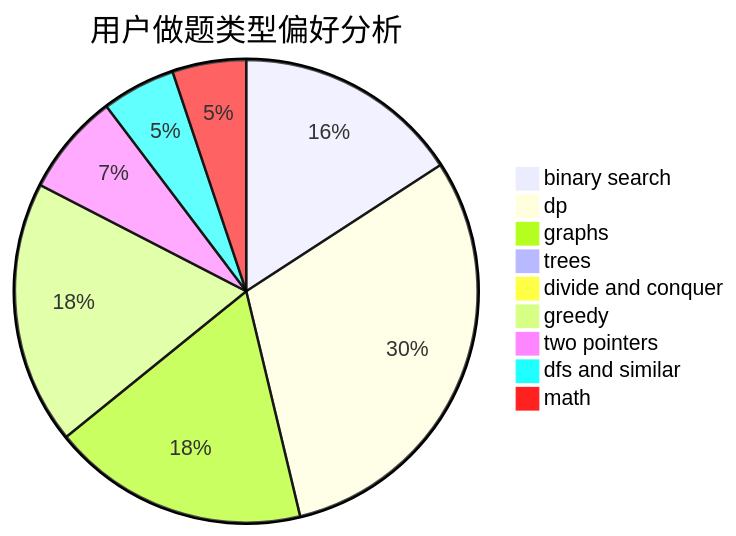
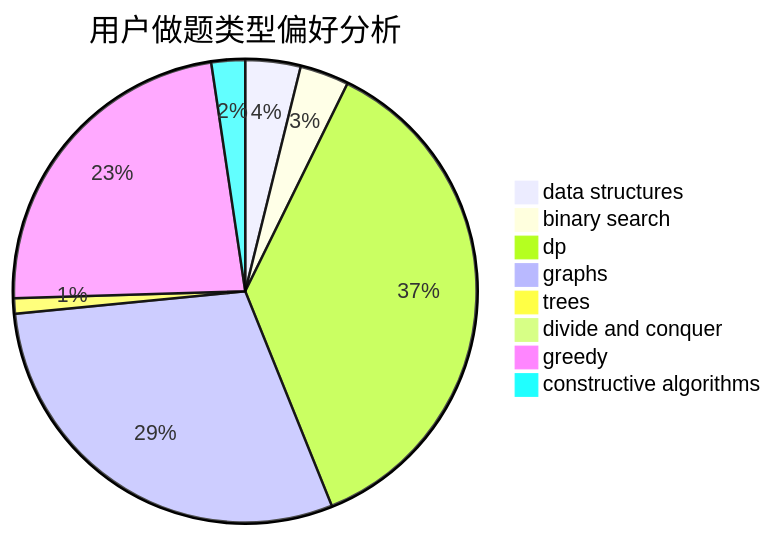
Before and after one commit to sherpahu/cfrs.github.io: the second of 3 diagrams in docs/user/u169.md, drawn with Mermaid. The commit also changed other lines of this file and 2775 other files, not shown here.

````diff
--- a/docs/user/u169.md
+++ b/docs/user/u169.md
@@ -23,12 +23,11 @@
 ```mermaid
 pie title 用户做题类型偏好分析
-    "binary search" :  129
-    "dp" :  248
-    "graphs" :  146
-    "trees" :  6
+    "data structures" :  18
+    "binary search" :  16
+    "dp" :  171
+    "graphs" :  138
+    "trees" :  5
     "divide and conquer" :  1
-    "greedy" :  150
-    "two pointers" :  58
-    "dfs and similar" :  42
-    "math" :  42
+    "greedy" :  108
+    "constructive algorithms" :  11
 ```
````
